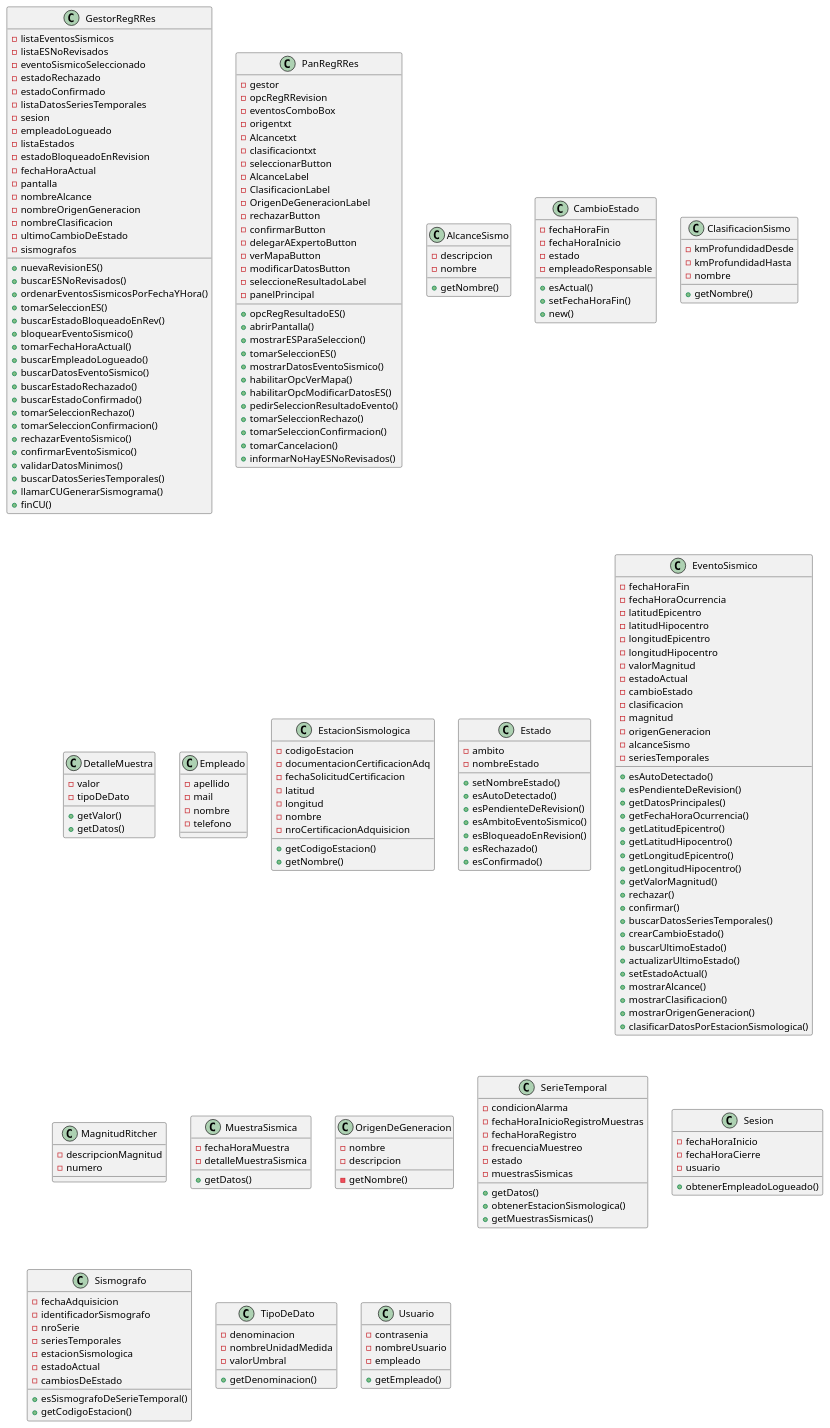
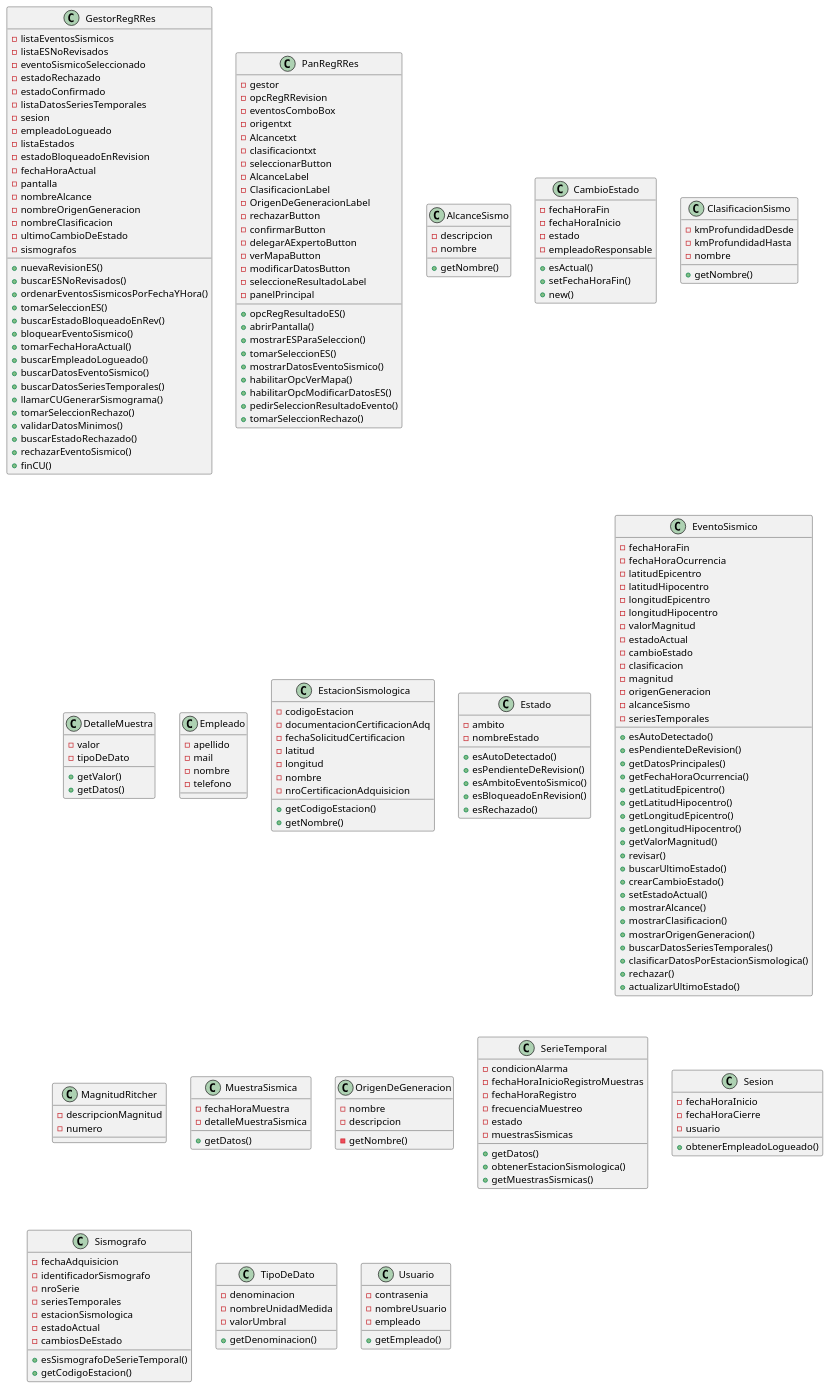
The diagram in diagrama-vista-estatica.wsd (santiwg/TPI-DS2025-G1), drawn with PlantUML before and after one commit.

Commit message:
Cambio orden de los metodos y borro los de las alternativas

```diff
--- a/diagrama-vista-estatica.wsd
+++ b/diagrama-vista-estatica.wsd
@@ -28,15 +28,12 @@
     +tomarFechaHoraActual()
     +buscarEmpleadoLogueado()
     +buscarDatosEventoSismico()
-    +buscarEstadoRechazado()
-    +buscarEstadoConfirmado()
-    +tomarSeleccionRechazo()
-    +tomarSeleccionConfirmacion()
-    +rechazarEventoSismico()
-    +confirmarEventoSismico()
-    +validarDatosMinimos()
     +buscarDatosSeriesTemporales()
     +llamarCUGenerarSismograma()
+    +tomarSeleccionRechazo()
+    +validarDatosMinimos()
+    +buscarEstadoRechazado()
+    +rechazarEventoSismico()
     +finCU()
 }
 
@@ -68,9 +65,6 @@
     +habilitarOpcModificarDatosES()
     +pedirSeleccionResultadoEvento()
     +tomarSeleccionRechazo()
-    +tomarSeleccionConfirmacion()
-    +tomarCancelacion()
-    +informarNoHayESNoRevisados()
 }
 
 class AlcanceSismo{
@@ -131,13 +125,11 @@
     -ambito
     -nombreEstado
 
-    +setNombreEstado()
     +esAutoDetectado()
     +esPendienteDeRevision()
     +esAmbitoEventoSismico()
     +esBloqueadoEnRevision()
     +esRechazado()
-    +esConfirmado()
 }
 
 class EventoSismico{
@@ -165,17 +157,17 @@
     +getLongitudEpicentro()
     +getLongitudHipocentro()
     +getValorMagnitud()
-    +rechazar()
-    +confirmar()
-    +buscarDatosSeriesTemporales()
+    +revisar()
+    +buscarUltimoEstado()
     +crearCambioEstado()
-    +buscarUltimoEstado()
-    +actualizarUltimoEstado()
     +setEstadoActual()
     +mostrarAlcance()
     +mostrarClasificacion()
     +mostrarOrigenGeneracion()
+    +buscarDatosSeriesTemporales()
     +clasificarDatosPorEstacionSismologica()
+    +rechazar()
+    +actualizarUltimoEstado()
 }
 
 class MagnitudRitcher{
```
